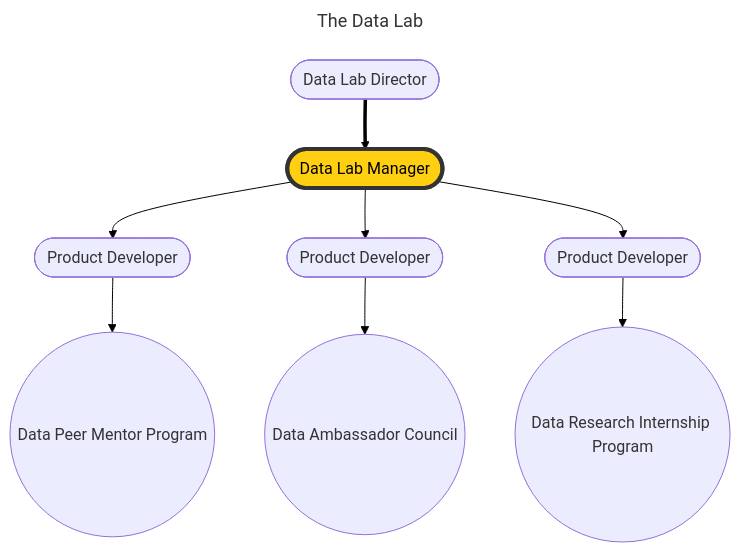
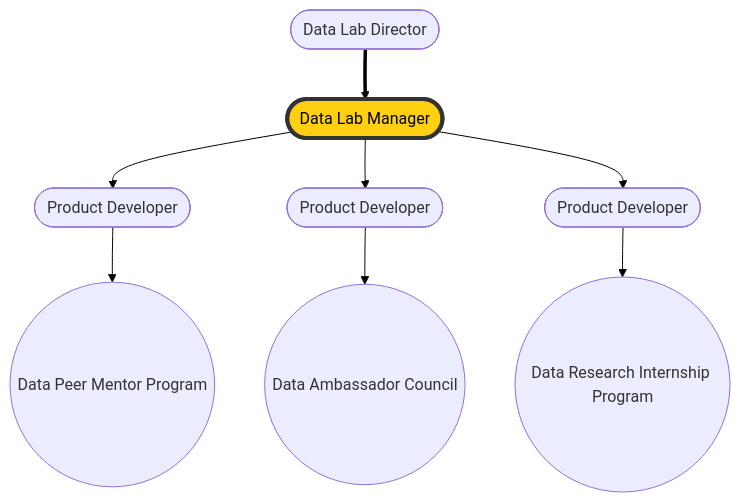
The second of 2 diagrams in DAC_Report.qmd (caids-datalab/caids-datalab.github.io), drawn with Mermaid before and after one commit. The commit also changed other lines of this file and 3 other files, not shown here.

````diff
--- a/DAC_Report.qmd
+++ b/DAC_Report.qmd
@@ -238,29 +238,29 @@
 ```{mermaid}
 ---
-title: The Data Lab
+title:The Data Lab
 ---
 
 flowchart TB
 
 A((Data Peer Mentor Program))
 B((Data Ambassador Council))
 C((Data Research Internship Program))
 
 D([Data Lab Manager])
 H([Data Lab Director])
 E([Product Developer])
 F([Product Developer])
 G([Product Developer])
 
 H ==> D
 D --> E & F & G
 E --> A 
 F --> B 
 G --> C
 
 style D color:#000000,fill:#ffcf11,stroke:#333,stroke-width:4px
 linkStyle default stroke:black
 linkStyle 0 stroke:black
 
   
 ```
````
